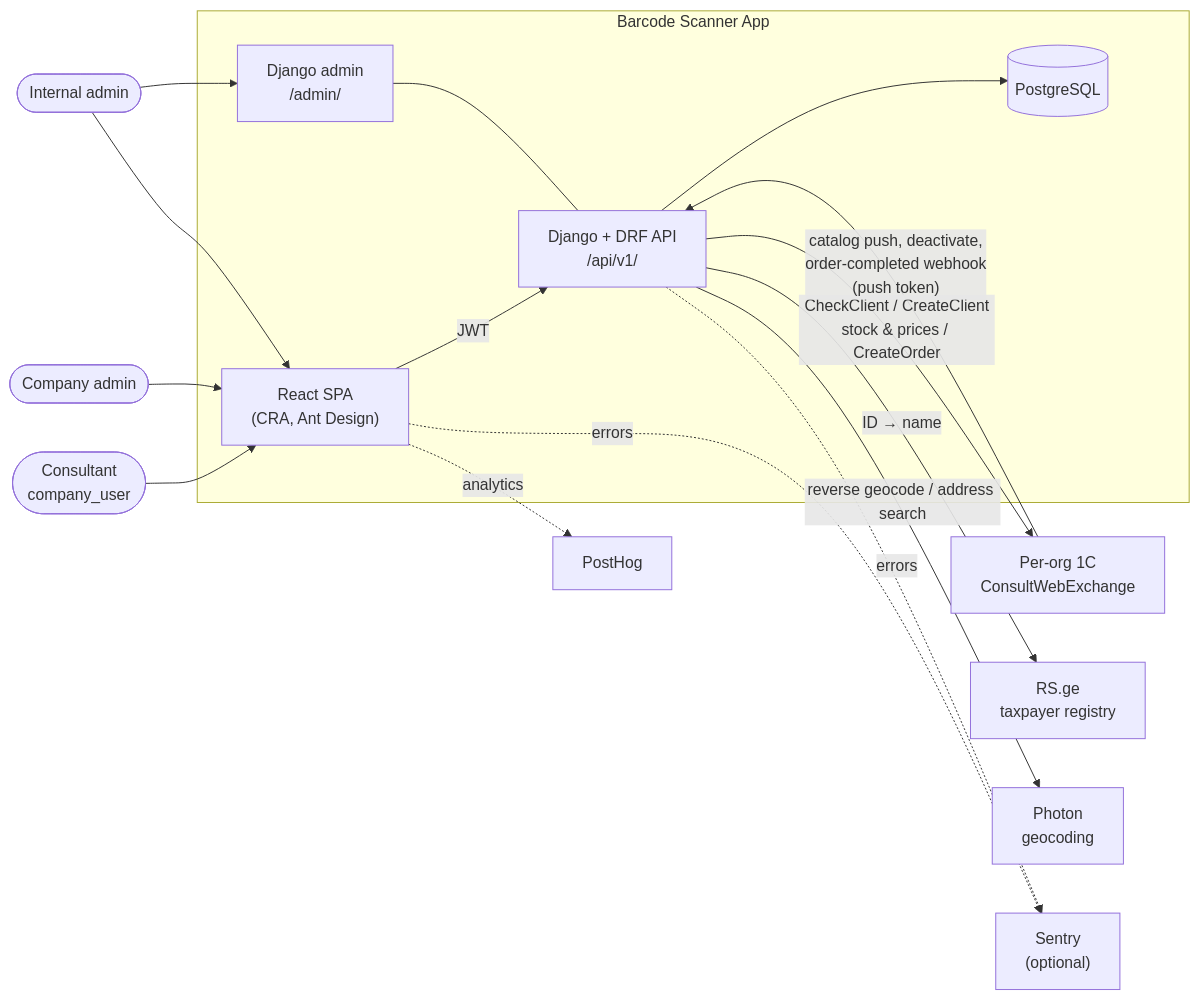
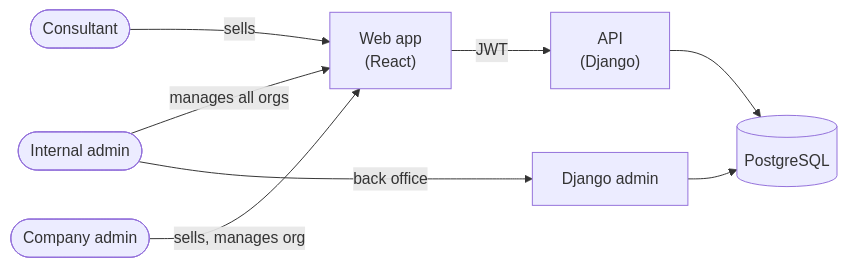
Before and after one commit to Iknow-dot/barcode-scanner-app: the first of 2 diagrams in docs/architecture/README.md, drawn with Mermaid. The commit also changed other lines of this file and 3 other files, not shown here.

First line of the commit message:
docs(architecture): simplify diagrams to one point each

````diff
--- a/docs/architecture/README.md
+++ b/docs/architecture/README.md
@@ -20,35 +21,19 @@
 ```mermaid
 flowchart LR
-    consultant(["Consultant<br/>company_user"])
+    consultant(["Consultant"])
     companyAdmin(["Company admin"])
     internalAdmin(["Internal admin"])
 
-    subgraph app["Barcode Scanner App"]
-        fe["React SPA<br/>(CRA, Ant Design)"]
-        be["Django + DRF API<br/>/api/v1/"]
-        db[("PostgreSQL")]
-        djadmin["Django admin<br/>/admin/"]
-    end
+    spa["Web app<br/>(React)"]
+    djadmin["Django admin"]
+    api["API<br/>(Django)"]
+    db[("PostgreSQL")]
 
-    onec["Per-org 1C<br/>ConsultWebExchange"]
-    rsge["RS.ge<br/>taxpayer registry"]
-    photon["Photon<br/>geocoding"]
-    posthog["PostHog"]
-    sentry["Sentry<br/>(optional)"]
-
-    consultant --> fe
-    companyAdmin --> fe
-    internalAdmin --> fe
-    internalAdmin --> djadmin
-    fe -- "JWT" --> be
-    djadmin --- be
-    be --> db
-
-    be -- "CheckClient / CreateClient<br/>stock & prices / CreateOrder" --> onec
-    onec -- "catalog push, deactivate,<br/>order-completed webhook<br/>(push token)" --> be
-    be -- "ID → name" --> rsge
-    be -- "reverse geocode / address search" --> photon
-    fe -. analytics .-> posthog
-    fe -. errors .-> sentry
-    be -. errors .-> sentry
+    consultant -- "sells" --> spa
+    companyAdmin -- "sells, manages org" --> spa
+    internalAdmin -- "manages all orgs" --> spa
+    internalAdmin -- "back office" --> djadmin
+    spa -- "JWT" --> api
+    djadmin --> db
+    api --> db
 ```
````
